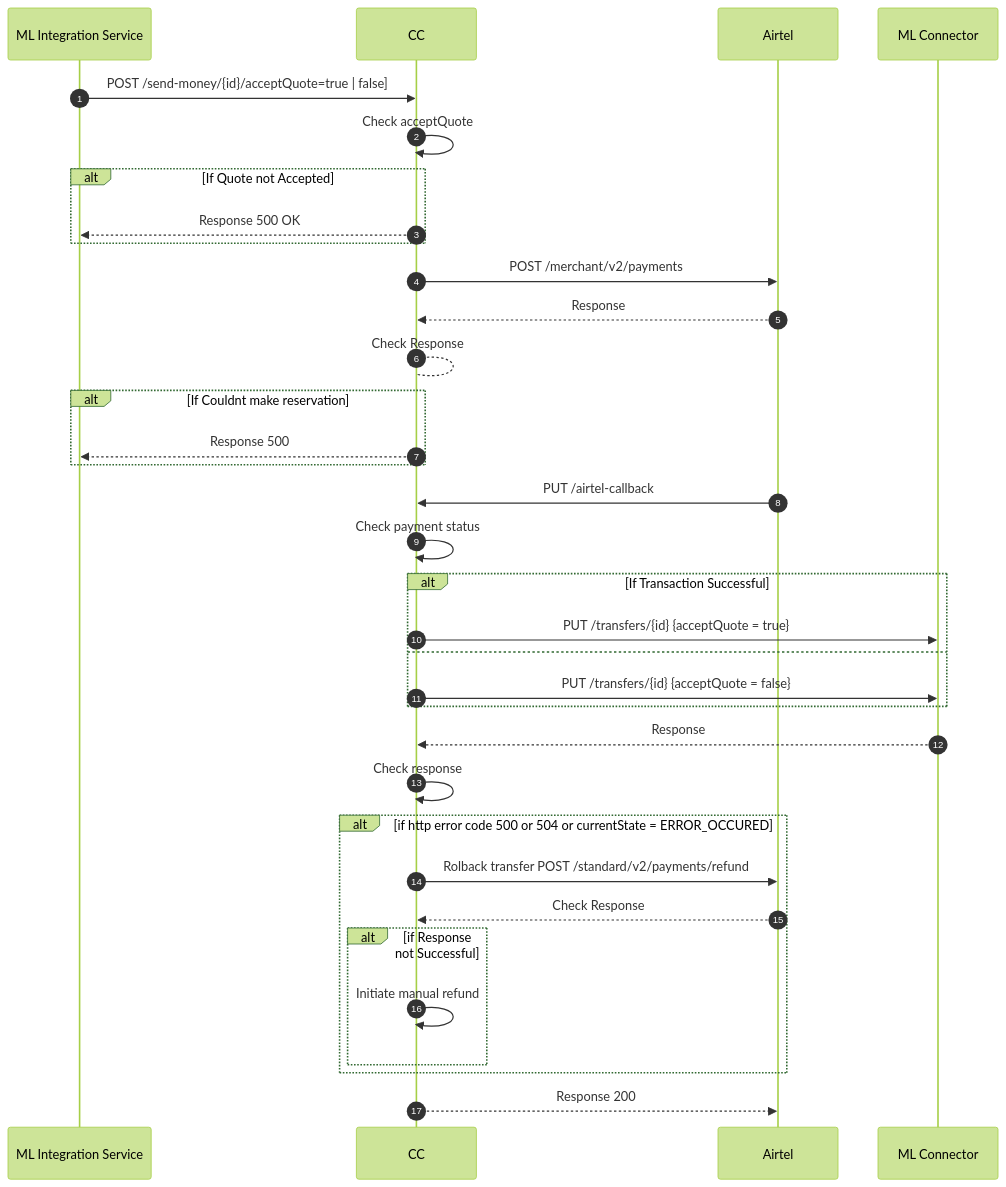
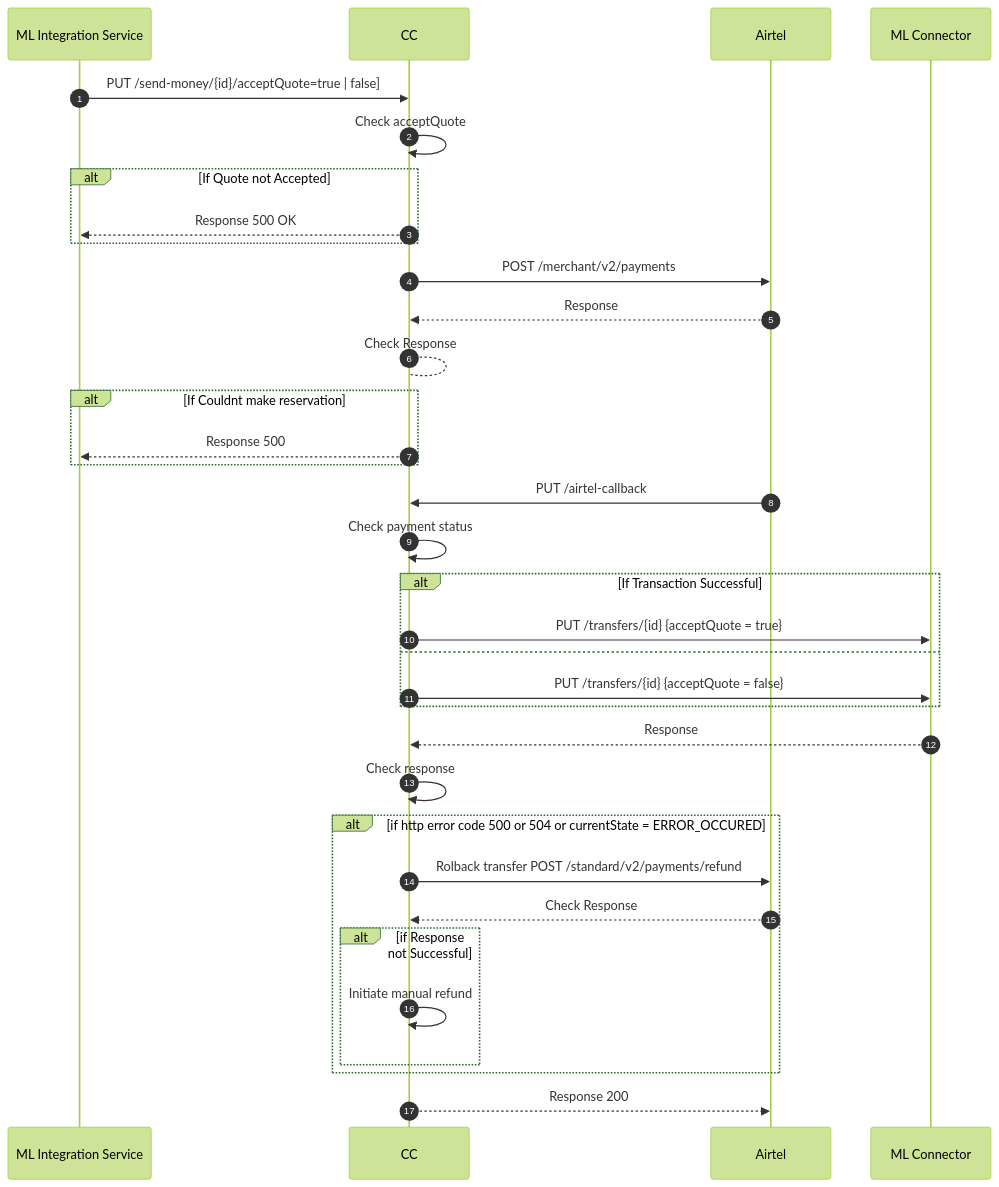
Before and after one commit to mojaloop/ml-reference-connectors: the diagram in airtel-core-connector/docs/payer-update-send-money.md, drawn with Mermaid (forest theme).

````diff
--- a/airtel-core-connector/docs/payer-update-send-money.md
+++ b/airtel-core-connector/docs/payer-update-send-money.md
@@ -1,32 +1,32 @@
 ```mermaid
 sequenceDiagram
   autoNumber
-  ML Integration Service->>CC: POST /send-money/{id}/acceptQuote=true | false]
+  ML Integration Service->>CC: PUT /send-money/{id}/acceptQuote=true | false]
   CC->>CC: Check acceptQuote
   Alt If Quote not Accepted
   CC-->>ML Integration Service: Response 500 OK
   End
   CC->>Airtel:POST /merchant/v2/payments
   Airtel-->>CC:Response
   CC-->CC: Check Response
   Alt If Couldnt make reservation
   CC-->>ML Integration Service: Response 500
   End
   Airtel->>CC: PUT /airtel-callback
   CC->>CC: Check payment status 
   Alt If Transaction Successful
   CC->>ML Connector:PUT  /transfers/{id} {acceptQuote = true}
   Else
   CC->>ML Connector:PUT  /transfers/{id} {acceptQuote = false}
   End
   ML Connector-->>CC: Response
   CC->>CC: Check response
   Alt if http error code 500 or 504 or currentState = ERROR_OCCURED
   CC->>Airtel : Rolback transfer POST /standard/v2/payments/refund
   Airtel-->>CC:Check Response
   Alt if Response not Successful
   CC->>CC: Initiate manual refund
   End
   End
   CC-->> Airtel: Response 200
 ```
````
